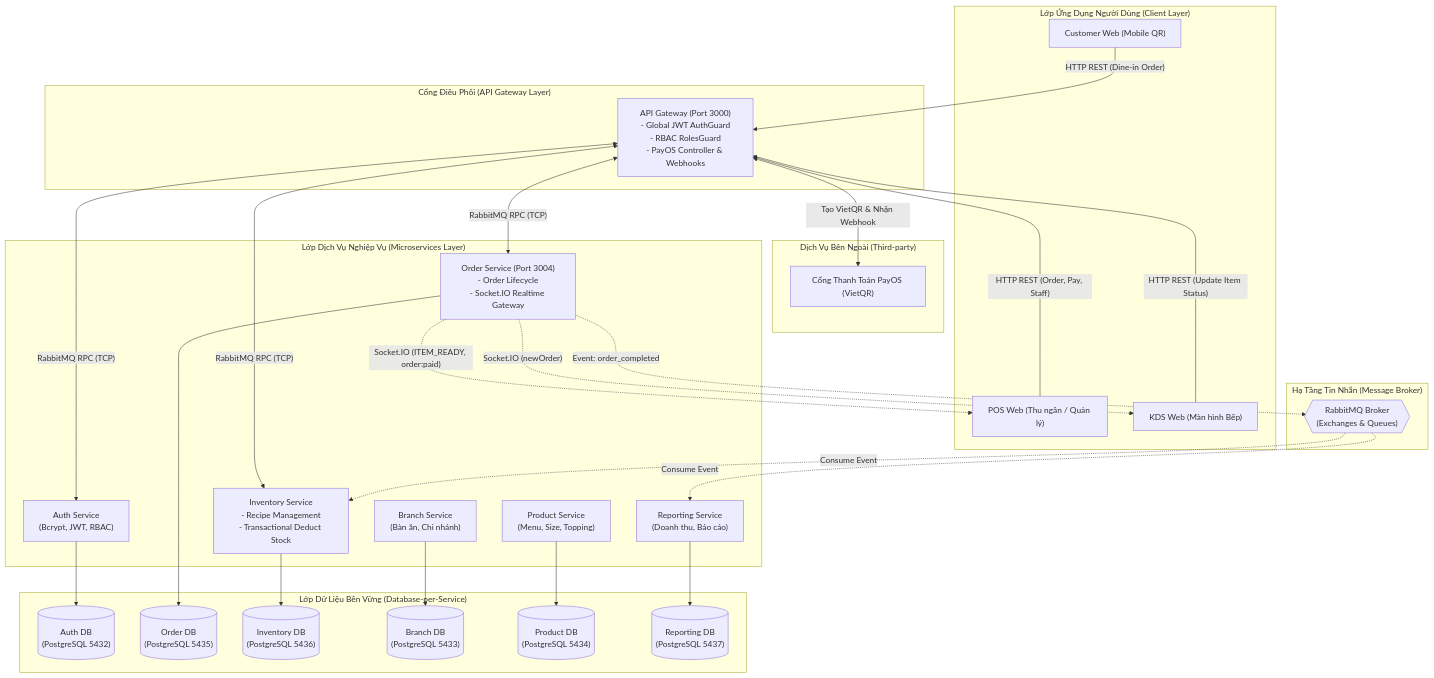
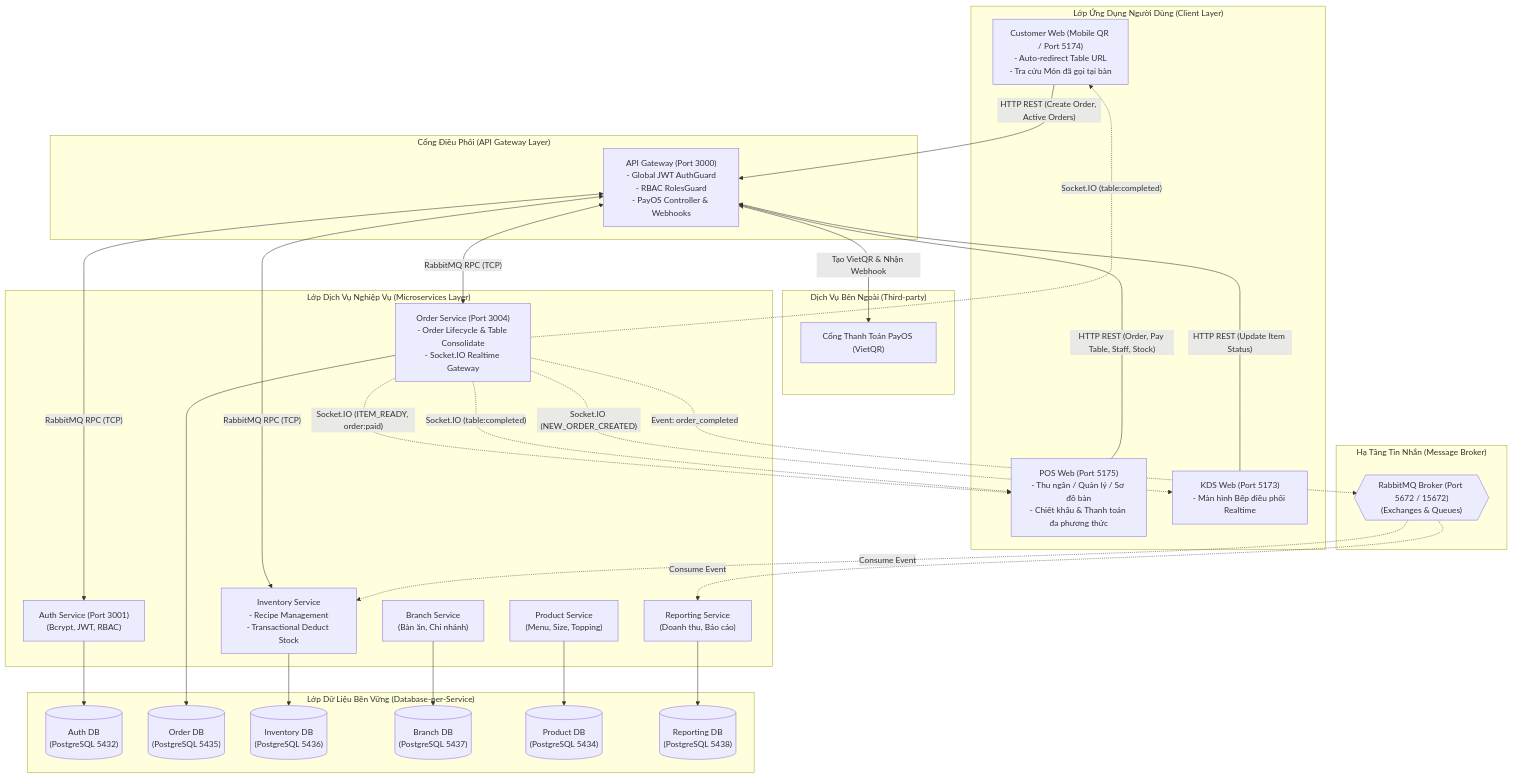
Before and after one commit to pnwang1704/KLTN_N70: the diagram in docs/ARCHITECTURE.md, drawn with Mermaid. The commit also changed other lines of this file and 4 other files, not shown here.

Commit message:
docs: synchronize technical documentation and README with latest features and architectural updates

````diff
--- a/docs/ARCHITECTURE.md
+++ b/docs/ARCHITECTURE.md
@@ -9,74 +9,76 @@
 ```mermaid
 graph TB
     %% Client Layer
     subgraph Clients ["Lớp Ứng Dụng Người Dùng (Client Layer)"]
-        CW["Customer Web (Mobile QR)"]
-        POS["POS Web (Thu ngân / Quản lý)"]
-        KDS["KDS Web (Màn hình Bếp)"]
+        CW["Customer Web (Mobile QR / Port 5174)<br/>- Auto-redirect Table URL<br/>- Tra cứu Món đã gọi tại bàn"]
+        POS["POS Web (Port 5175)<br/>- Thu ngân / Quản lý / Sơ đồ bàn<br/>- Chiết khấu & Thanh toán đa phương thức"]
+        KDS["KDS Web (Port 5173)<br/>- Màn hình Bếp điều phối Realtime"]
     end
 
     %% External Services
     subgraph External ["Dịch Vụ Bên Ngoài (Third-party)"]
         PayOS["Cổng Thanh Toán PayOS (VietQR)"]
     end
 
     %% API Gateway Layer
     subgraph Gateway ["Cổng Điều Phối (API Gateway Layer)"]
         GW["API Gateway (Port 3000)<br/>- Global JWT AuthGuard<br/>- RBAC RolesGuard<br/>- PayOS Controller & Webhooks"]
     end
 
     %% Message Broker
     subgraph Broker ["Hạ Tầng Tin Nhắn (Message Broker)"]
-        RMQ{{"RabbitMQ Broker<br/>(Exchanges & Queues)"}}
+        RMQ{{"RabbitMQ Broker (Port 5672 / 15672)<br/>(Exchanges & Queues)"}}
     end
 
     %% Microservices Layer
     subgraph Services ["Lớp Dịch Vụ Nghiệp Vụ (Microservices Layer)"]
-        AS["Auth Service<br/>(Bcrypt, JWT, RBAC)"]
-        OS["Order Service (Port 3004)<br/>- Order Lifecycle<br/>- Socket.IO Realtime Gateway"]
+        AS["Auth Service (Port 3001)<br/>(Bcrypt, JWT, RBAC)"]
+        OS["Order Service (Port 3004)<br/>- Order Lifecycle & Table Consolidate<br/>- Socket.IO Realtime Gateway"]
         IS["Inventory Service<br/>- Recipe Management<br/>- Transactional Deduct Stock"]
         BS["Branch Service<br/>(Bàn ăn, Chi nhánh)"]
         PS["Product Service<br/>(Menu, Size, Topping)"]
         RS["Reporting Service<br/>(Doanh thu, Báo cáo)"]
     end
 
     %% Database Layer
     subgraph Databases ["Lớp Dữ Liệu Bền Vững (Database-per-Service)"]
         DB1[("Auth DB<br/>(PostgreSQL 5432)")]
         DB2[("Order DB<br/>(PostgreSQL 5435)")]
         DB3[("Inventory DB<br/>(PostgreSQL 5436)")]
-        DB4[("Branch DB<br/>(PostgreSQL 5433)")]
+        DB4[("Branch DB<br/>(PostgreSQL 5437)")]
         DB5[("Product DB<br/>(PostgreSQL 5434)")]
-        DB6[("Reporting DB<br/>(PostgreSQL 5437)")]
+        DB6[("Reporting DB<br/>(PostgreSQL 5438)")]
     end
 
     %% Client Interactions
-    CW -->|"HTTP REST (Dine-in Order)"| GW
-    POS -->|"HTTP REST (Order, Pay, Staff)"| GW
+    CW -->|"HTTP REST (Create Order, Active Orders)"| GW
+    POS -->|"HTTP REST (Order, Pay Table, Staff, Stock)"| GW
     KDS -->|"HTTP REST (Update Item Status)"| GW
 
     %% Realtime WebSocket
-    OS -.->|"Socket.IO (newOrder)"| KDS
+    OS -.->|"Socket.IO (NEW_ORDER_CREATED)"| KDS
     OS -.->|"Socket.IO (ITEM_READY, order:paid)"| POS
+    OS -.->|"Socket.IO (table:completed)"| CW
+    OS -.->|"Socket.IO (table:completed)"| POS
 
     %% External PayOS Integration
     GW <-->|"Tạo VietQR & Nhận Webhook"| PayOS
 
     %% Gateway to Microservices (RPC via RabbitMQ)
     GW <-->|"RabbitMQ RPC (TCP)"| AS
     GW <-->|"RabbitMQ RPC (TCP)"| OS
     GW <-->|"RabbitMQ RPC (TCP)"| IS
 
     %% Event Pub/Sub
     OS -.->|"Event: order_completed"| RMQ
     RMQ -.->|"Consume Event"| IS
     RMQ -.->|"Consume Event"| RS
 
     %% Database Connections
     AS --> DB1
     OS --> DB2
     IS --> DB3
     BS --> DB4
     PS --> DB5
     RS --> DB6
 ```
````
